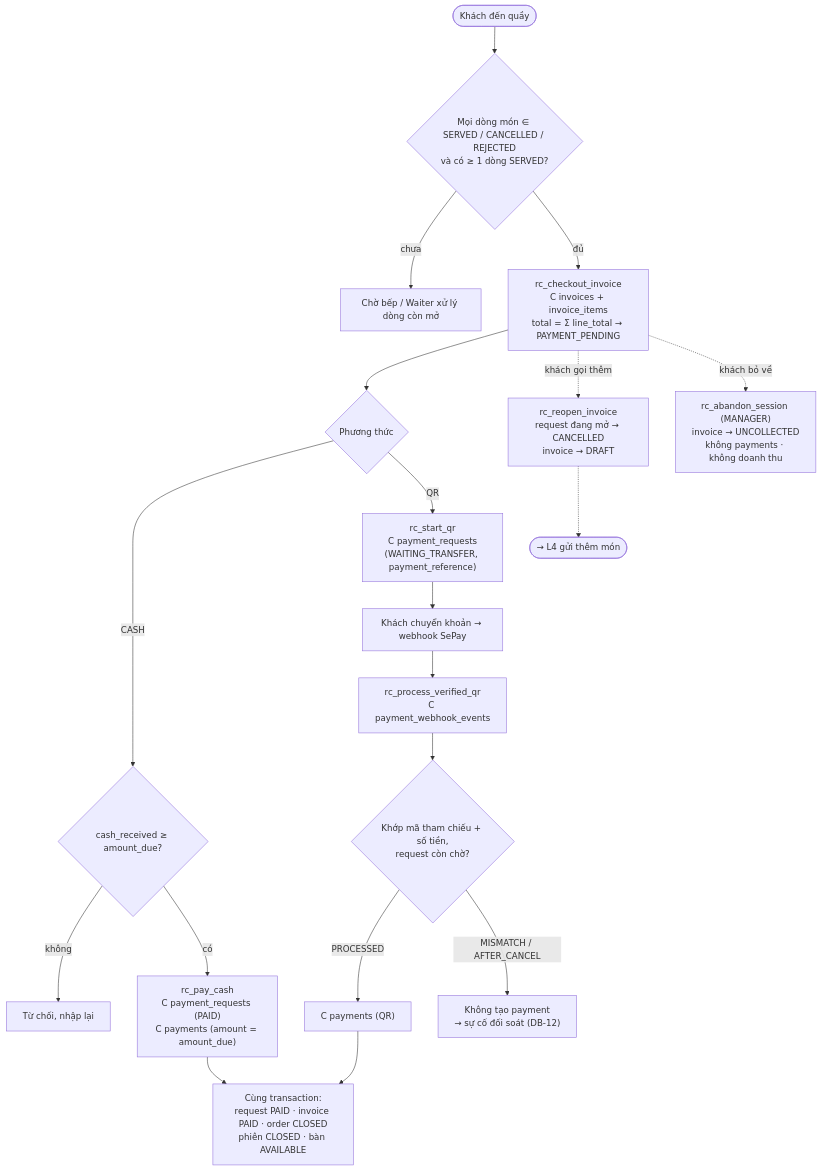
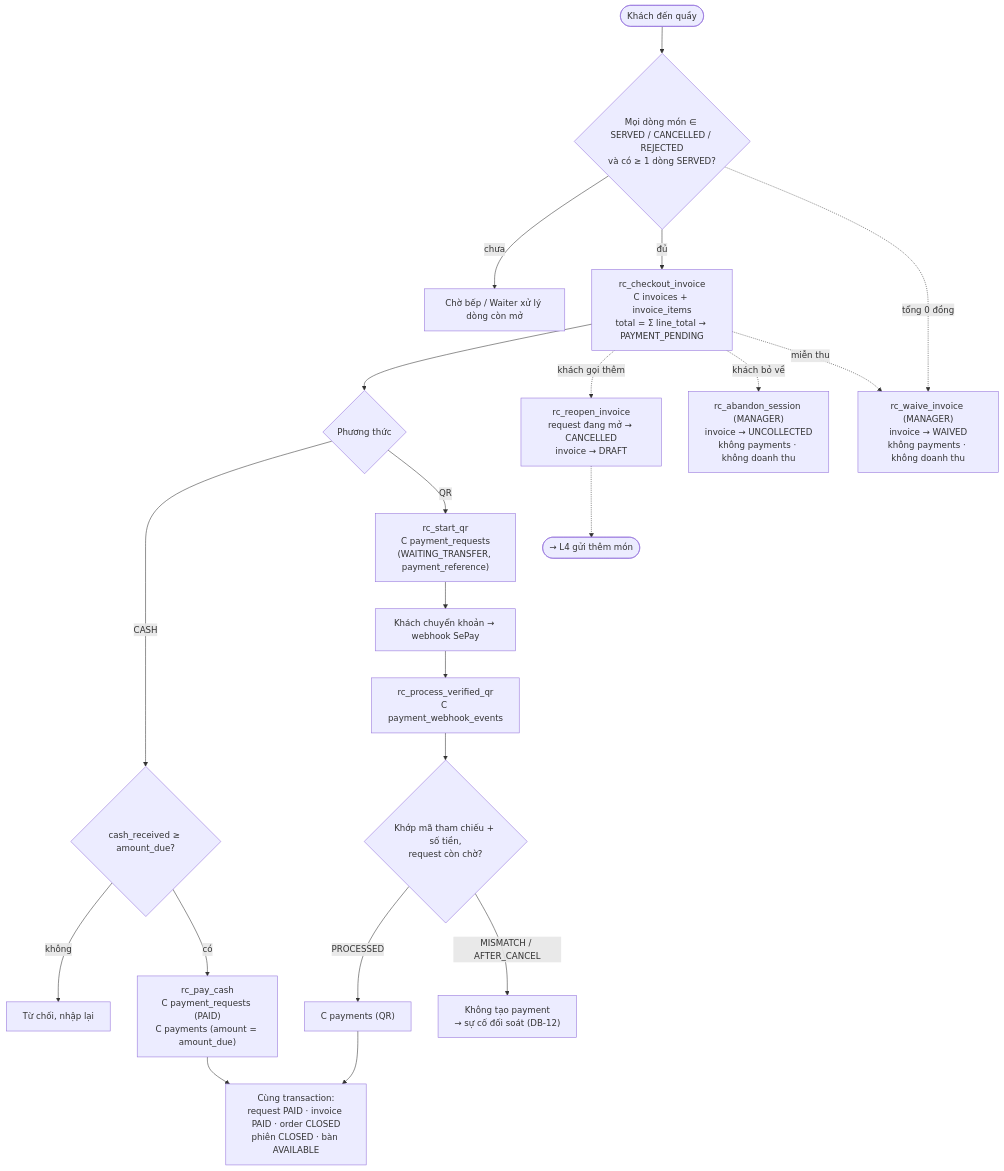
Before and after one commit to Anpham120/restaurant-management-system: diagram 11 of 16 in docs/01-luong-chinh.md, drawn with Mermaid. The commit also changed other lines of this file and 17 other files, not shown here.

````diff
--- a/docs/01-luong-chinh.md
+++ b/docs/01-luong-chinh.md
@@ -307,21 +310,23 @@
 ```mermaid
 flowchart TB
     S(["Khách đến quầy"]) --> C1{"Mọi dòng món ∈ SERVED / CANCELLED / REJECTED<br/>và có ≥ 1 dòng SERVED?"}
     C1 -- chưa --> X1["Chờ bếp / Waiter xử lý dòng còn mở"]
     C1 -- đủ --> C2["rc_checkout_invoice<br/>C invoices + invoice_items<br/>total = Σ line_total → PAYMENT_PENDING"]
     C2 --> C3{"Phương thức"}
     C3 -- CASH --> P1{"cash_received ≥ amount_due?"}
     P1 -- không --> P1x["Từ chối, nhập lại"]
     P1 -- có --> P2["rc_pay_cash<br/>C payment_requests (PAID)<br/>C payments (amount = amount_due)"]
     C3 -- QR --> Q1["rc_start_qr<br/>C payment_requests<br/>(WAITING_TRANSFER, payment_reference)"]
     Q1 --> Q2["Khách chuyển khoản → webhook SePay"]
     Q2 --> Q3["rc_process_verified_qr<br/>C payment_webhook_events"]
     Q3 --> Q4{"Khớp mã tham chiếu + số tiền,<br/>request còn chờ?"}
     Q4 -- PROCESSED --> Q5["C payments (QR)"]
     Q4 -- "MISMATCH / AFTER_CANCEL" --> Q6["Không tạo payment<br/>→ sự cố đối soát (DB-12)"]
     P2 --> DONE["Cùng transaction:<br/>request PAID · invoice PAID · order CLOSED<br/>phiên CLOSED · bàn AVAILABLE"]
     Q5 --> DONE
     C2 -. "khách gọi thêm" .-> R["rc_reopen_invoice<br/>request đang mở → CANCELLED<br/>invoice → DRAFT"]
     R -.-> L4(["→ L4 gửi thêm món"])
     C2 -. "khách bỏ về" .-> AB["rc_abandon_session (MANAGER)<br/>invoice → UNCOLLECTED<br/>không payments · không doanh thu"]
+    C2 -. "miễn thu" .-> WV["rc_waive_invoice (MANAGER)<br/>invoice → WAIVED<br/>không payments · không doanh thu"]
+    C1 -. "tổng 0 đồng" .-> WV
 ```
````
